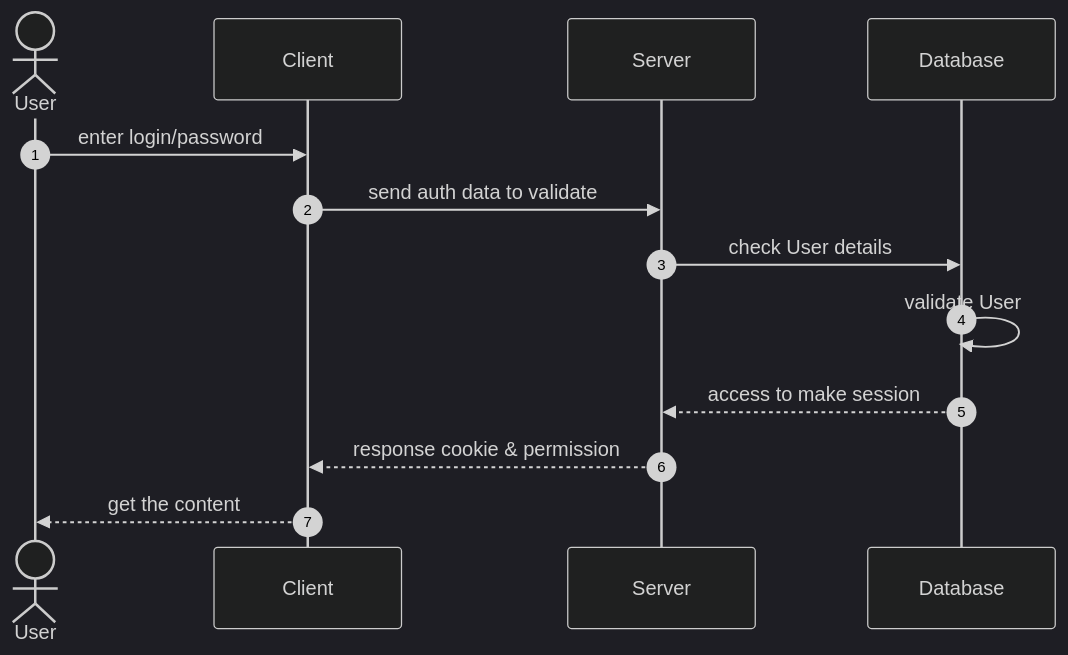
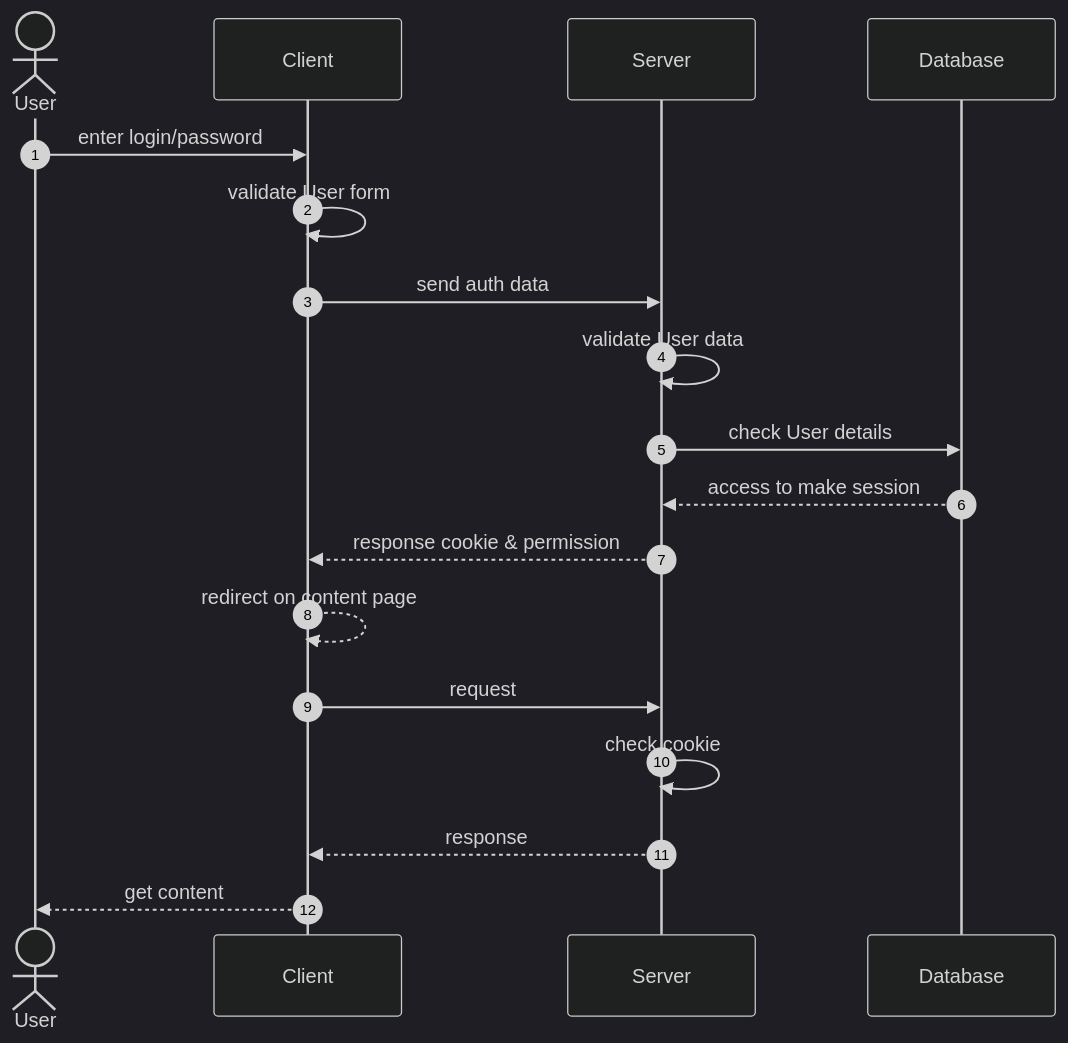
The diagram in success_path.md (olegTheCoder/grachev_rmr_hw_server), drawn with Mermaid (dark theme) before and after one commit. The commit also changed 1 other file, not shown here.

Commit message:
rework both path

````diff
--- a/success_path.md
+++ b/success_path.md
@@ -1,15 +1,20 @@
 ```mermaid
     sequenceDiagram
       autonumber
         actor U as User
         participant C as Client
         participant S as Server
         participant DB as Database
           U->>C: enter login/password
-          C->>S: send auth data to validate
+          C->>C: validate User form
+          C->>S: send auth data
+          S->>S: validate User data
           S->>DB: check User details
-          DB->>DB: validate User
           DB-->>S: access to make session
           S-->>C: response cookie & permission
-          C-->>U: get the content
+          C-->>C: redirect on content page
+          C->>S: request
+          S->>S: check cookie
+          S-->>C: response
+          C-->> U: get content
 ```
````
